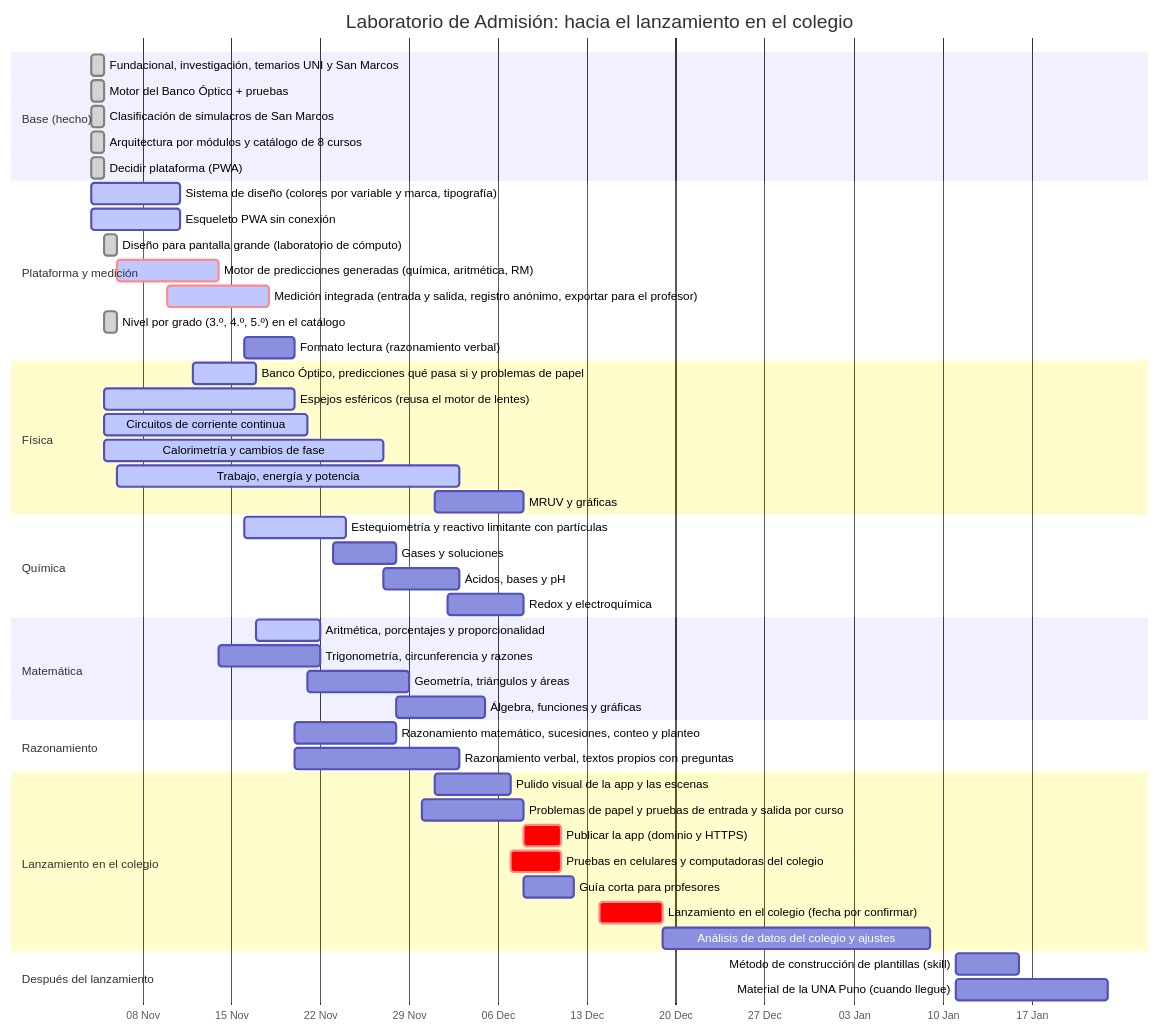
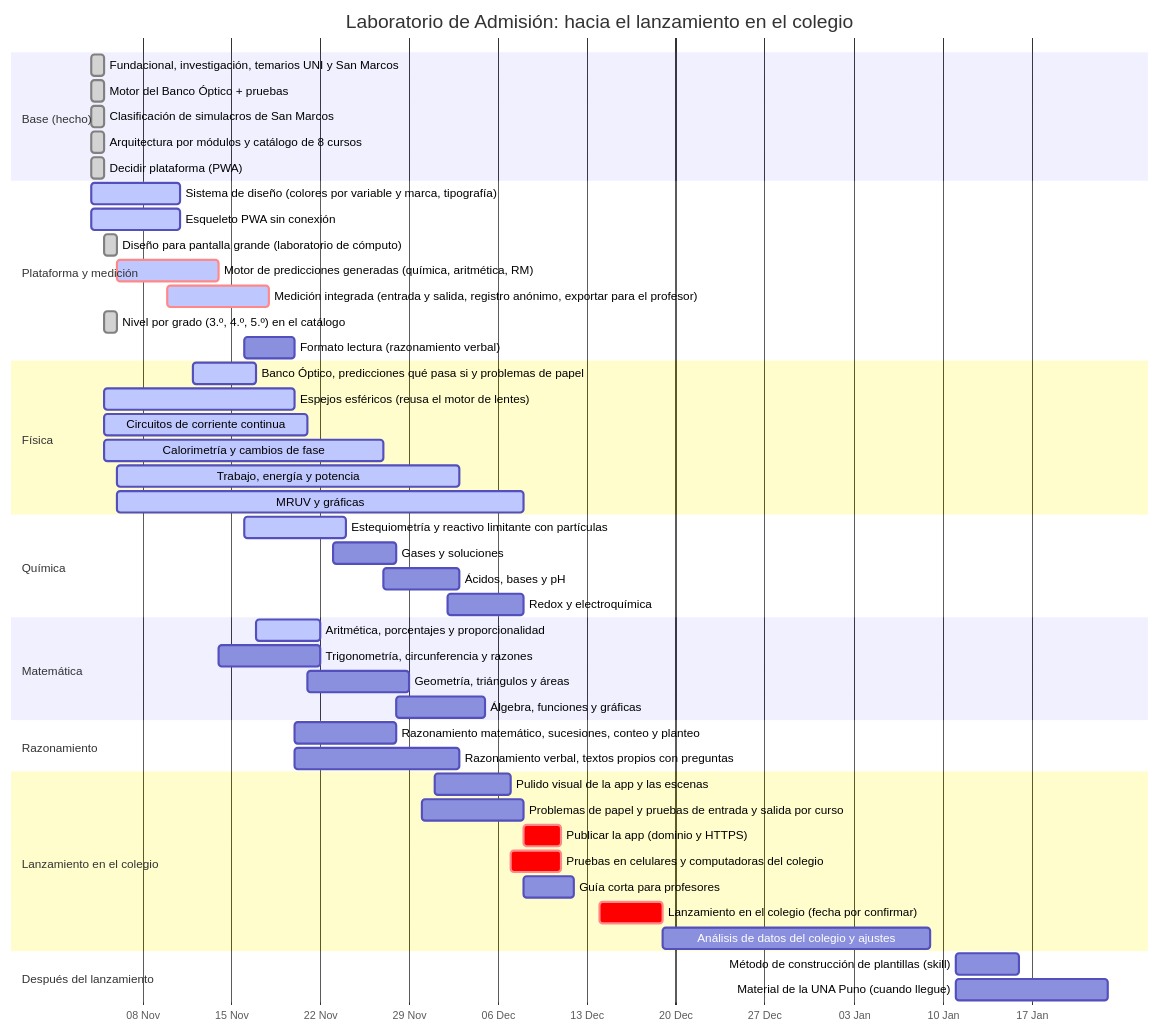
The diagram in docs/hoja-de-ruta.md (Eltiokarma/Mesa-de-Estudios), drawn with Mermaid before and after one commit. The commit also changed 13 other files, not shown here.

First line of the commit message:
MRUV y gráficas: plantilla completa

````diff
--- a/docs/hoja-de-ruta.md
+++ b/docs/hoja-de-ruta.md
@@ -52,59 +52,59 @@
 ```mermaid
 gantt
     title Laboratorio de Admisión: hacia el lanzamiento en el colegio
     dateFormat  YYYY-MM-DD
     axisFormat  %d %b
 
     section Base (hecho)
     Fundacional, investigación, temarios UNI y San Marcos :done, f0a, 2026-11-04, 2026-11-05
     Motor del Banco Óptico + pruebas :done, f0b, 2026-11-04, 2026-11-05
     Clasificación de simulacros de San Marcos :done, f0c, 2026-11-04, 2026-11-05
     Arquitectura por módulos y catálogo de 8 cursos :done, f0g, 2026-11-04, 2026-11-05
     Decidir plataforma (PWA) :done, f0d, 2026-11-04, 2026-11-05
 
     section Plataforma y medición
     Sistema de diseño (colores por variable y marca, tipografía) :active, f0e, 2026-11-04, 2026-11-11
     Esqueleto PWA sin conexión :active, f0f, 2026-11-04, 2026-11-11
     Diseño para pantalla grande (laboratorio de cómputo) :done, pl1, 2026-11-05, 2026-11-06
     Motor de predicciones generadas (química, aritmética, RM) :active, crit, pl3, 2026-11-06, 2026-11-14
     Medición integrada (entrada y salida, registro anónimo, exportar para el profesor) :active, crit, pl2, 2026-11-10, 2026-11-18
     Nivel por grado (3.º, 4.º, 5.º) en el catálogo :done, pl5, 2026-11-05, 2026-11-06
     Formato lectura (razonamiento verbal) :pl4, 2026-11-16, 2026-11-20
 
     section Física
     Banco Óptico, predicciones qué pasa si y problemas de papel :active, fi1, 2026-11-12, 2026-11-17
     Espejos esféricos (reusa el motor de lentes) :active, fi5, 2026-11-05, 2026-11-20
     Circuitos de corriente continua :active, fi2, 2026-11-05, 2026-11-21
     Calorimetría y cambios de fase :active, fi3, 2026-11-05, 2026-11-27
     Trabajo, energía y potencia :active, fi4, 2026-11-06, 2026-12-03
-    MRUV y gráficas :fi6, 2026-12-01, 2026-12-08
+    MRUV y gráficas :active, fi6, 2026-11-06, 2026-12-08
 
     section Química
     Estequiometría y reactivo limitante con partículas :active, qu1, 2026-11-16, 2026-11-24
     Gases y soluciones :qu2, 2026-11-23, 2026-11-28
     Ácidos, bases y pH :qu3, 2026-11-27, 2026-12-03
     Redox y electroquímica :qu4, 2026-12-02, 2026-12-08
 
     section Matemática
     Aritmética, porcentajes y proporcionalidad :active, ma4, 2026-11-17, 2026-11-22
     Trigonometría, circunferencia y razones :ma1, 2026-11-14, 2026-11-22
     Geometría, triángulos y áreas :ma2, 2026-11-21, 2026-11-29
     Álgebra, funciones y gráficas :ma3, 2026-11-28, 2026-12-05
 
     section Razonamiento
     Razonamiento matemático, sucesiones, conteo y planteo :ra1, 2026-11-20, 2026-11-28
     Razonamiento verbal, textos propios con preguntas :ra2, 2026-11-20, 2026-12-03
 
     section Lanzamiento en el colegio
     Pulido visual de la app y las escenas :pl6, 2026-12-01, 2026-12-07
     Problemas de papel y pruebas de entrada y salida por curso :la1, 2026-11-30, 2026-12-08
     Publicar la app (dominio y HTTPS) :crit, la3, 2026-12-08, 2026-12-11
     Pruebas en celulares y computadoras del colegio :crit, la2, 2026-12-07, 2026-12-11
     Guía corta para profesores :la4, 2026-12-08, 2026-12-12
     Lanzamiento en el colegio (fecha por confirmar) :crit, la5, 2026-12-14, 2026-12-19
     Análisis de datos del colegio y ajustes :la6, 2026-12-19, 2027-01-09
 
     section Después del lanzamiento
     Método de construcción de plantillas (skill) :f2a, 2027-01-11, 2027-01-16
     Material de la UNA Puno (cuando llegue) :f2c, 2027-01-11, 2027-01-23
 ```
````
